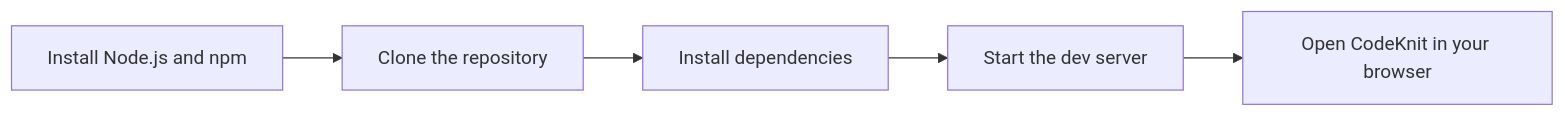
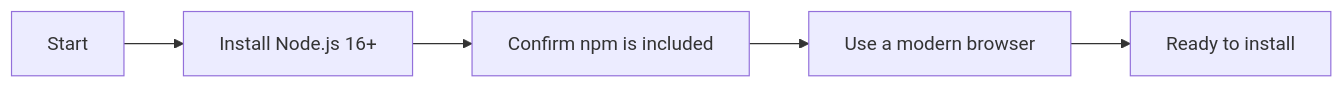
One commit to Mohita111/API2 changed the diagram in api2-documentation/plan_2026-11-02_f8890e/user-facing-docs/system-requirements-and-installation.md. Above: the diagram before and after it, drawn with Mermaid. The commit also changed other lines of this file and 13 other files, not shown here.

````diff
--- a/api2-documentation/plan_2026-11-02_f8890e/user-facing-docs/system-requirements-and-installation.md
+++ b/api2-documentation/plan_2026-11-02_f8890e/user-facing-docs/system-requirements-and-installation.md
@@ -40,7 +17,7 @@
 ```mermaid
 graph LR
-    A["Install Node.js and npm"] --> B[Clone the repository]
-    B --> C[Install dependencies]
-    C --> D[Start the dev server]
-    D --> E[Open CodeKnit in your browser]
+    A[Start] --> B["Install Node.js 16+"]
+    B --> C[Confirm npm is included]
+    C --> D[Use a modern browser]
+    D --> E[Ready to install]
 ```
````
